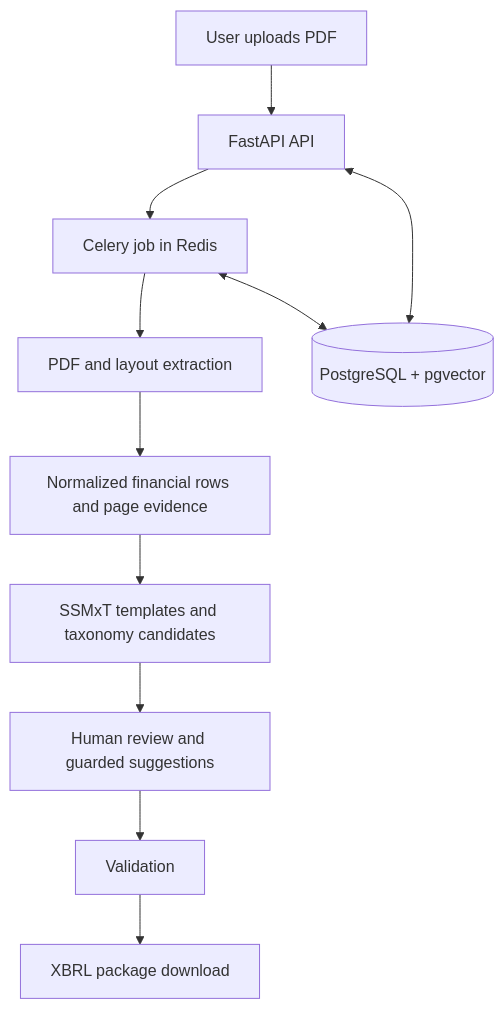
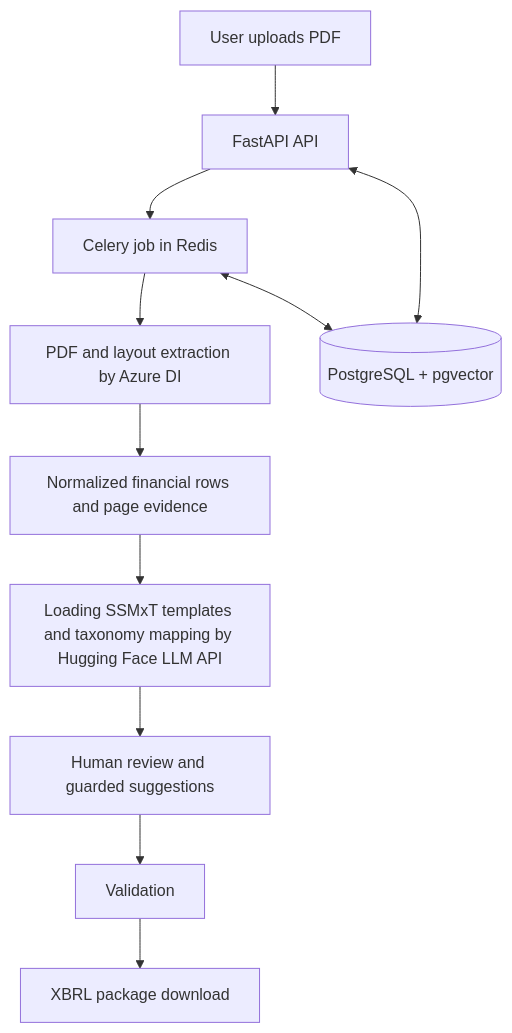
The diagram in README.md (andyting2000/TaxonomyFlow), drawn with Mermaid before and after one commit. The commit also changed other lines of this file, not shown here.

````diff
--- a/README.md
+++ b/README.md
@@ -36,13 +29,13 @@
 ```mermaid
 graph TD
     A[User uploads PDF] --> B[FastAPI API]
     B --> C[Celery job in Redis]
-    C --> D[PDF and layout extraction]
+    C --> D[PDF and layout extraction by Azure DI]
     D --> E[Normalized financial rows and page evidence]
-    E --> F[SSMxT templates and taxonomy candidates]
+    E --> F[Loading SSMxT templates and taxonomy mapping by Hugging Face LLM API]
     F --> G[Human review and guarded suggestions]
     G --> H[Validation]
     H --> I[XBRL package download]
     B <--> J[(PostgreSQL + pgvector)]
     C <--> J
 ```
````
